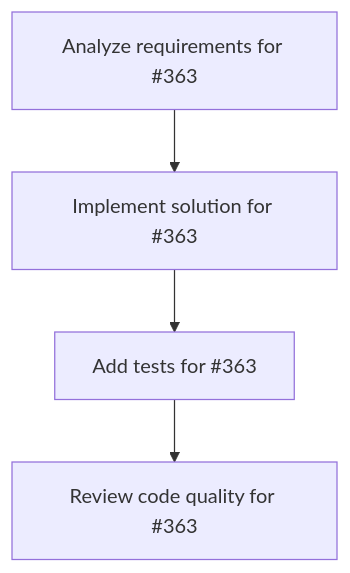
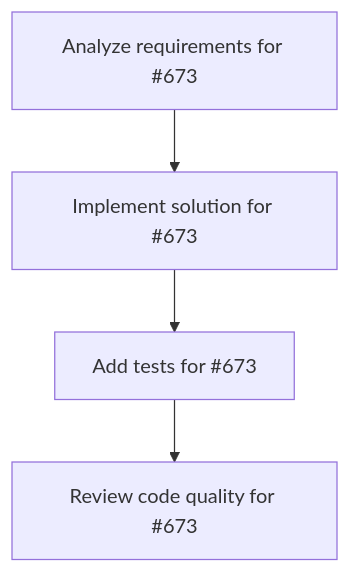
Before and after one commit to ShunsukeHayashi/miyabi-code: the diagram in Plans.md, drawn with Mermaid. The commit also changed other lines of this file and 391 other files, not shown here.

````diff
--- a/Plans.md
+++ b/Plans.md
@@ -160,10 +140,10 @@
 ```mermaid
 graph TD
-    task_363_analysis["Analyze requirements for #363"]
-    task_363_impl["Implement solution for #363"]
-    task_363_test["Add tests for #363"]
-    task_363_review["Review code quality for #363"]
-    task_363_analysis --> task_363_impl
-    task_363_impl --> task_363_test
-    task_363_test --> task_363_review
+    task_673_analysis["Analyze requirements for #673"]
+    task_673_impl["Implement solution for #673"]
+    task_673_test["Add tests for #673"]
+    task_673_review["Review code quality for #673"]
+    task_673_analysis --> task_673_impl
+    task_673_impl --> task_673_test
+    task_673_test --> task_673_review
 ```
````
